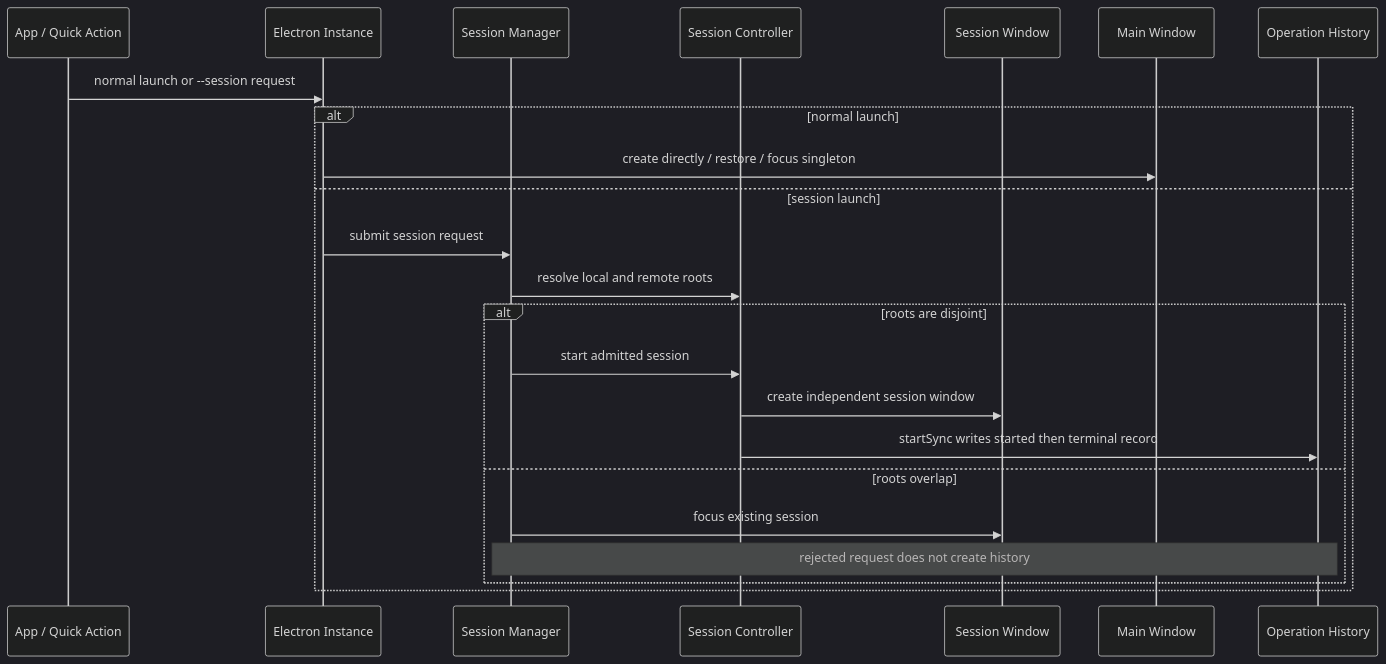
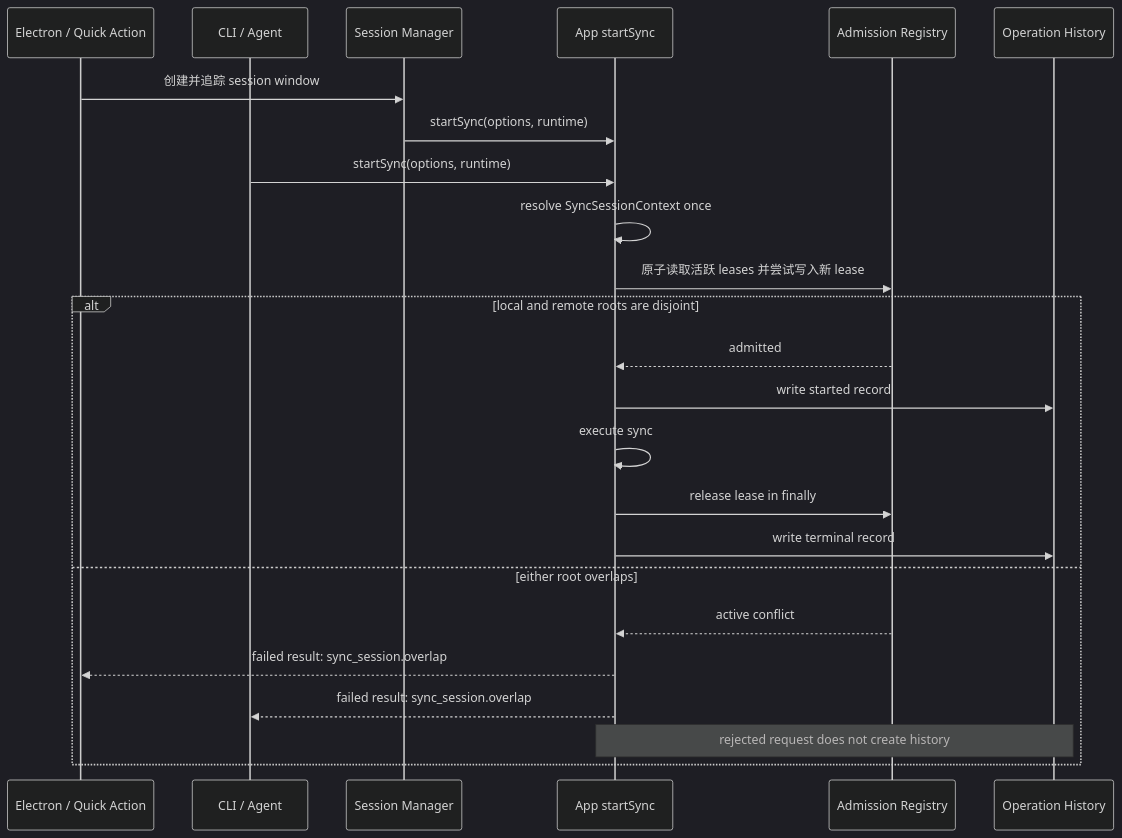
Diagram 11 of 15 in docs/Flows.md (agalloch21/sync-with-rclone), drawn with Mermaid (dark theme) before and after one commit. The commit also changed other lines of this file and 13 other files, not shown here.

````diff
--- a/docs/Flows.md
+++ b/docs/Flows.md
@@ -294,26 +295,27 @@
 ```mermaid
 sequenceDiagram
-  participant OS as App / Quick Action
-  participant EI as Electron Instance
+  participant E as Electron / Quick Action
+  participant C as CLI / Agent
   participant SM as Session Manager
-  participant SC as Session Controller
-  participant SW as Session Window
-  participant MW as Main Window
+  participant A as App startSync
+  participant R as Admission Registry
   participant H as Operation History
 
-  OS->>EI: normal launch or --session request
-  alt normal launch
-    EI->>MW: create directly / restore / focus singleton
-  else session launch
-    EI->>SM: submit session request
-    SM->>SC: resolve local and remote roots
-    alt roots are disjoint
-      SM->>SC: start admitted session
-      SC->>SW: create independent session window
-      SC->>H: startSync writes started then terminal record
-    else roots overlap
-      SM->>SW: focus existing session
-      Note over SM,H: rejected request does not create history
-    end
+  E->>SM: 创建并追踪 session window
+  SM->>A: startSync(options, runtime)
+  C->>A: startSync(options, runtime)
+  A->>A: resolve SyncSessionContext once
+  A->>R: 原子读取活跃 leases 并尝试写入新 lease
+  alt local and remote roots are disjoint
+    R-->>A: admitted
+    A->>H: write started record
+    A->>A: execute sync
+    A->>R: release lease in finally
+    A->>H: write terminal record
+  else either root overlaps
+    R-->>A: active conflict
+    A-->>E: failed result: sync_session.overlap
+    A-->>C: failed result: sync_session.overlap
+    Note over A,H: rejected request does not create history
   end
 ```
````
